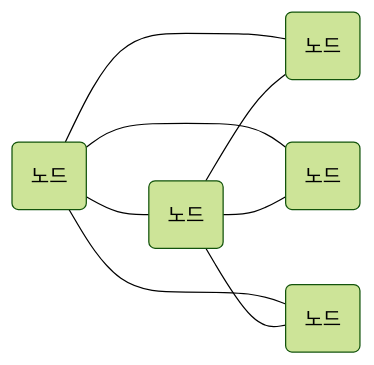
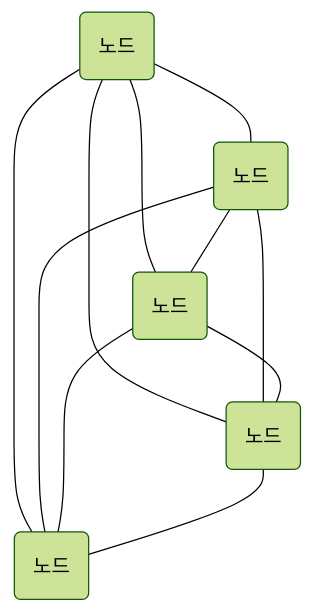
The seventh of 9 diagrams in 독서/8. 면접을 위한 cs 전공지식 노트/02. 네트워크/02-02. 네트워크 토폴로지와 병목 현상.md (kimregular/DAILY_STUDY), drawn with Mermaid (forest theme) before and after one commit. The commit also changed other lines of this file, not shown here.

````diff
--- a/독서/8. 면접을 위한 cs 전공지식 노트/02. 네트워크/02-02. 네트워크 토폴로지와 병목 현상.md
+++ b/독서/8. 면접을 위한 cs 전공지식 노트/02. 네트워크/02-02. 네트워크 토폴로지와 병목 현상.md
@@ -131,18 +131,23 @@
 ```mermaid
-flowchart LR
+flowchart TB
 	n1("노드")
 	n2("노드")
 	n3("노드")
 	n4("노드")
 	n5("노드")
 
 	n1 --- n2
 	n1 --- n3
 	n1 --- n4
 	n1 --- n5
 
 
 	n2 --- n3
 	n2 --- n4
 	n2 --- n5
+
+	n3 --- n4
+	n3 --- n5
+	
+	n4 --- n5
 ```
````
